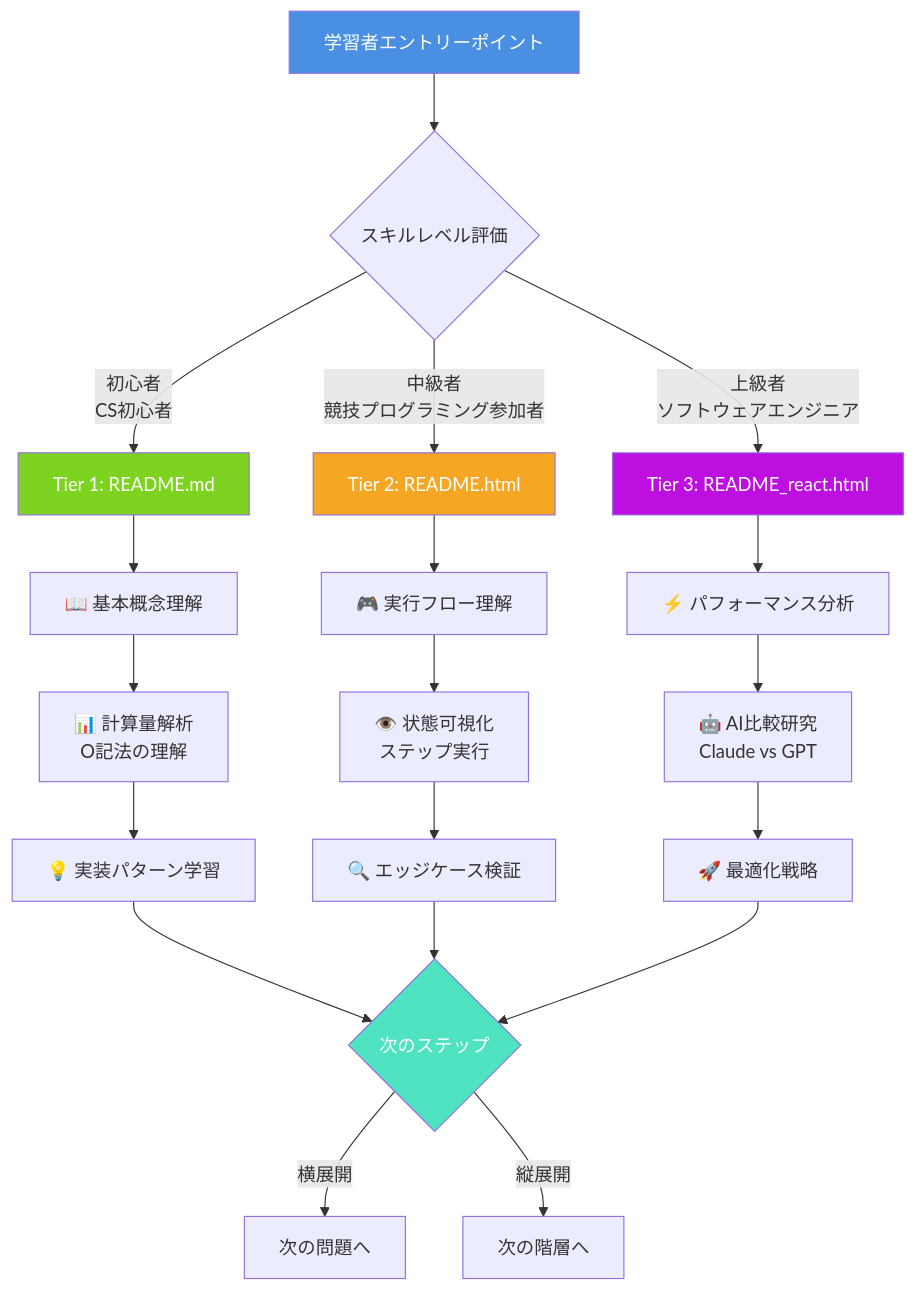
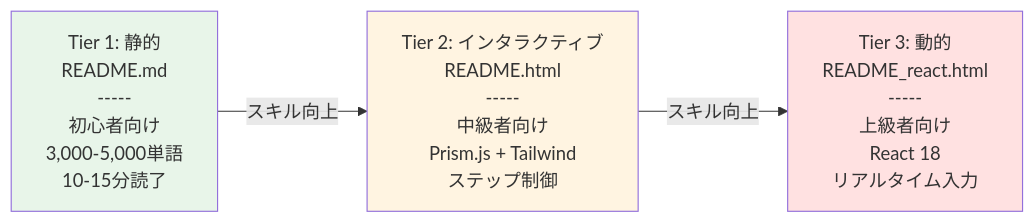
One commit to myoshi2891/Algorithm-DataStructures-Math-SQL changed the fifth of 11 diagrams in README.md. Above: the diagram before and after it, drawn with Mermaid. The commit also changed other lines of this file, not shown here.

````diff
--- a/README.md
+++ b/README.md
@@ -415,33 +282,13 @@
 ```mermaid
-graph TD
-    Start[学習者エントリーポイント] --> Assess{スキルレベル評価}
-
-    Assess -->|初心者<br/>CS初心者| Beginner[Tier 1: README.md]
-    Assess -->|中級者<br/>競技プログラミング参加者| Inter[Tier 2: README.html]
-    Assess -->|上級者<br/>ソフトウェアエンジニア| Adv[Tier 3: README_react.html]
-
-    Beginner --> L1[📖 基本概念理解]
-    Inter --> L2[🎮 実行フロー理解]
-    Adv --> L3[⚡ パフォーマンス分析]
-
-    L1 --> CA1[📊 計算量解析<br/>O記法の理解]
-    L2 --> SV[👁️ 状態可視化<br/>ステップ実行]
-    L3 --> AI[🤖 AI比較研究<br/>Claude vs GPT]
-
-    CA1 --> IP[💡 実装パターン学習]
-    SV --> EC[🔍 エッジケース検証]
-    AI --> OPT[🚀 最適化戦略]
-
-    IP --> Next{次のステップ}
-    EC --> Next
-    OPT --> Next
-
-    Next -->|横展開| NextProblem[次の問題へ]
-    Next -->|縦展開| NextTier[次の階層へ]
-
-    style Start fill:#4A90E2,color:#fff
-    style Beginner fill:#7ED321,color:#fff
-    style Inter fill:#F5A623,color:#fff
-    style Adv fill:#BD10E0,color:#fff
-    style Next fill:#50E3C2,color:#fff
+graph LR
+    T1[Tier 1: 静的<br/>README.md<br/>-----<br/>初心者向け<br/>3,000-5,000単語<br/>10-15分読了]
+    T2[Tier 2: インタラクティブ<br/>README.html<br/>-----<br/>中級者向け<br/>Prism.js + Tailwind<br/>ステップ制御]
+    T3[Tier 3: 動的<br/>README_react.html<br/>-----<br/>上級者向け<br/>React 18<br/>リアルタイム入力]
+    
+    T1 -->|スキル向上| T2
+    T2 -->|スキル向上| T3
+    
+    style T1 fill:#e8f5e9
+    style T2 fill:#fff4e1
+    style T3 fill:#ffe1e1
 ```
````
